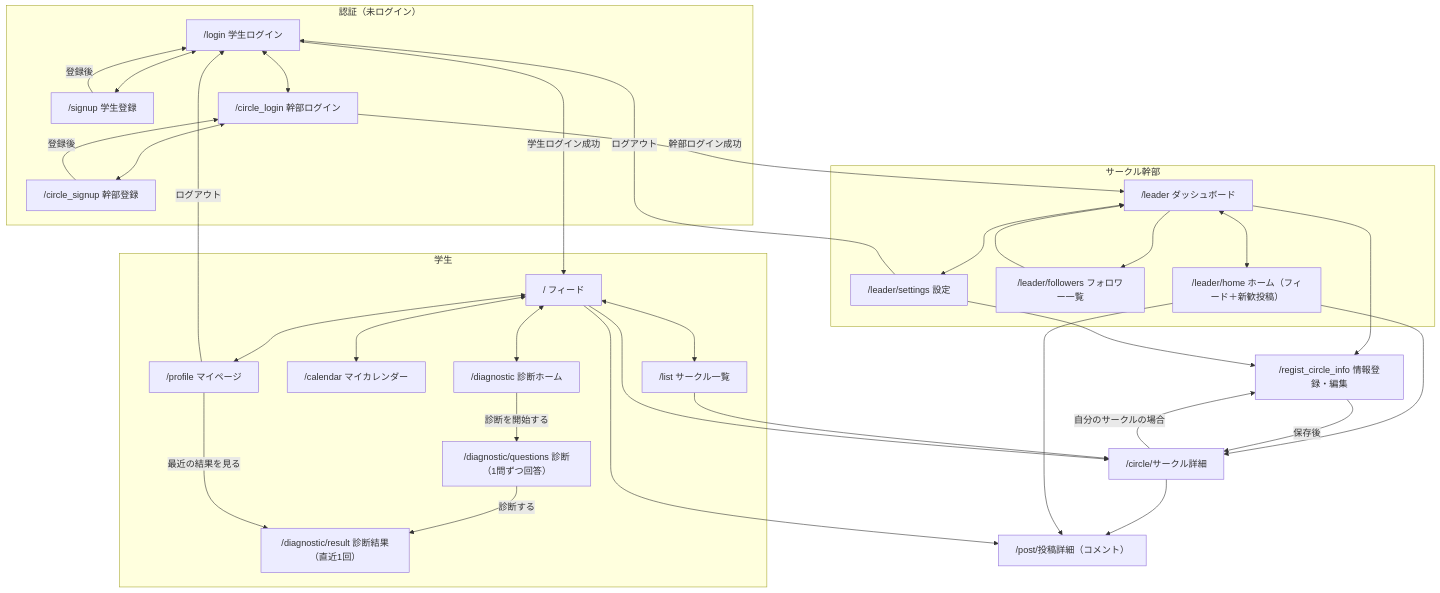
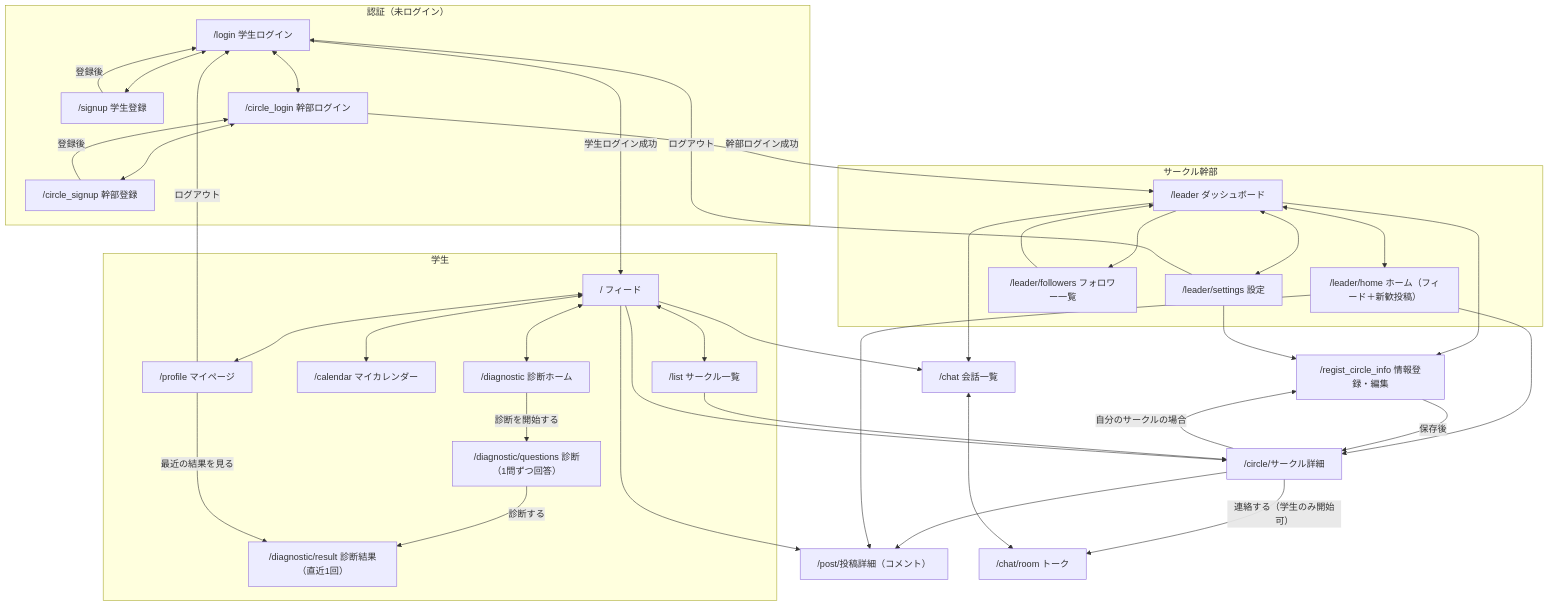
Before and after one commit to Ankou369/circle_search_app: the diagram in README.md, drawn with Mermaid. The commit also changed 7 other files, not shown here.

````diff
--- a/README.md
+++ b/README.md
@@ -9,57 +9,63 @@
 ```mermaid
 flowchart TD
     subgraph auth ["認証（未ログイン）"]
         L["/login 学生ログイン"]
         SU["/signup 学生登録"]
         CL["/circle_login 幹部ログイン"]
         CS["/circle_signup 幹部登録"]
         L <--> SU
         CL <--> CS
         L <--> CL
     end
     subgraph student ["学生"]
         HOME["/ フィード"]
         LIST["/list サークル一覧"]
         CAL["/calendar マイカレンダー"]
         PROF["/profile マイページ"]
         DIAG["/diagnostic 診断ホーム"]
         QUES["/diagnostic/questions 診断（1問ずつ回答）"]
         RES["/diagnostic/result 診断結果（直近1回）"]
         HOME <--> LIST
         HOME <--> CAL
         HOME <--> PROF
         HOME <--> DIAG
         DIAG -->|診断を開始する| QUES
         QUES -->|診断する| RES
         PROF -->|最近の結果を見る| RES
     end
     subgraph leader ["サークル幹部"]
         DASH["/leader ダッシュボード"]
         LFEED["/leader/home ホーム（フィード＋新歓投稿）"]
         FOL["/leader/followers フォロワー一覧"]
         SET["/leader/settings 設定"]
         DASH <--> SET
         DASH <--> LFEED
         DASH --> FOL
         FOL --> DASH
     end
     DET["/circle/サークル詳細"]
     PDET["/post/投稿詳細（コメント）"]
+    CHAT["/chat 会話一覧"]
+    ROOM["/chat/room トーク"]
     REG["/regist_circle_info 情報登録・編集"]
     L -->|学生ログイン成功| HOME
     SU -->|登録後| L
     CL -->|幹部ログイン成功| DASH
     CS -->|登録後| CL
     LIST --> DET
     HOME --> DET
     HOME --> PDET
     DET --> PDET
     LFEED --> DET
     LFEED --> PDET
+    HOME --> CHAT
+    DASH --> CHAT
+    DET -->|連絡する（学生のみ開始可）| ROOM
+    CHAT <--> ROOM
     DASH --> REG
     SET --> REG
     DET -->|自分のサークルの場合| REG
     REG -->|保存後| DET
     PROF -->|ログアウト| L
     SET -->|ログアウト| L
 ```
````
